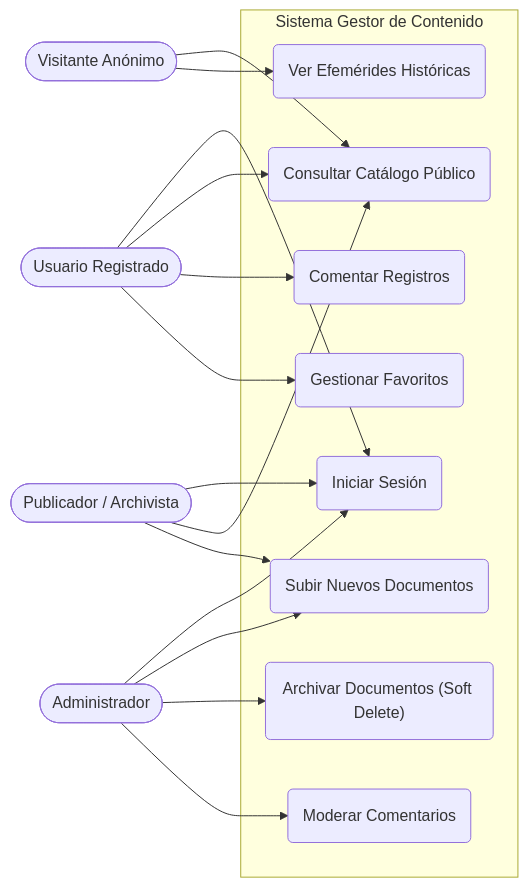
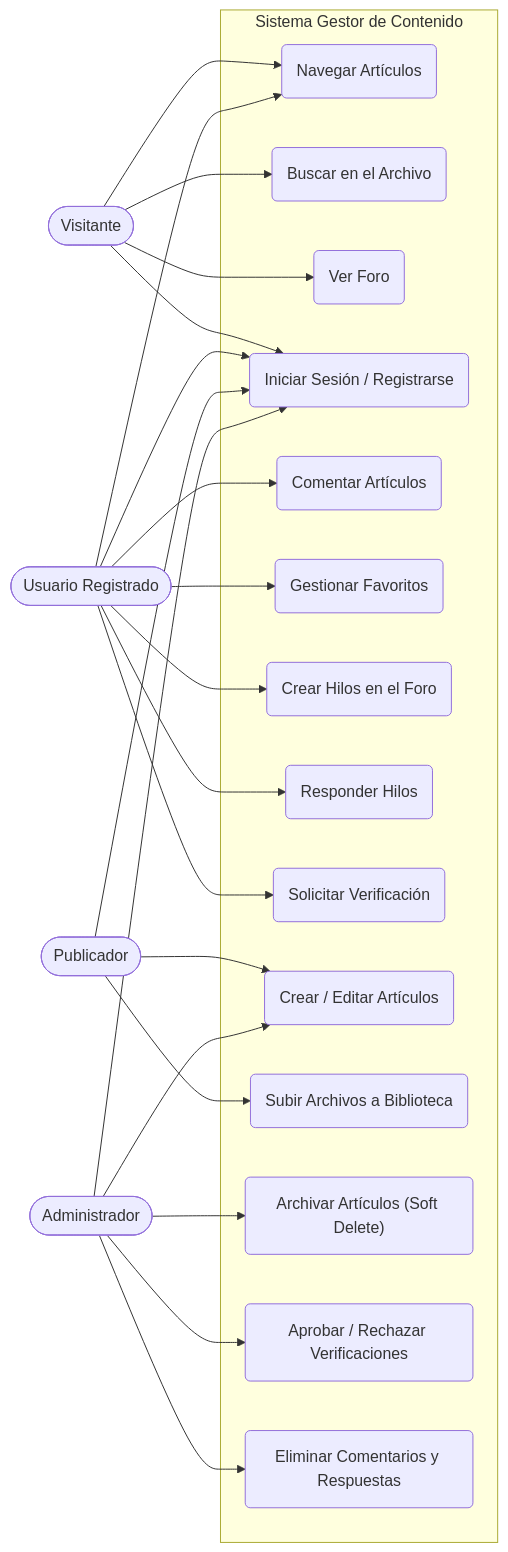
Before and after one commit to TheLastSh/SGC-MemoriaCastrense: the fourth of 4 diagrams in README.md, drawn with Mermaid. The commit also changed other lines of this file, not shown here.

First line of the commit message:
docs: update all 4 diagrams to reflect current architecture (Tarea #4)

````diff
--- a/README.md
+++ b/README.md
@@ -149,35 +217,47 @@
 ```mermaid
 flowchart LR
-    Guest(["Visitante Anónimo"])
+    Guest(["Visitante"])
     User(["Usuario Registrado"])
-    Pub(["Publicador / Archivista"])
+    Pub(["Publicador"])
     Admin(["Administrador"])
 
     subgraph SGC ["Sistema Gestor de Contenido"]
-        UC1("Consultar Catálogo Público")
-        UC2("Ver Efemérides Históricas")
-        UC3("Iniciar Sesión")
-        UC4("Comentar Registros")
-        UC5("Gestionar Favoritos")
-        UC6("Subir Nuevos Documentos")
-        UC7("Archivar Documentos (Soft Delete)")
-        UC8("Moderar Comentarios")
+        UC1("Navegar Artículos")
+        UC2("Buscar en el Archivo")
+        UC3("Ver Foro")
+        UC4("Iniciar Sesión / Registrarse")
+        UC5("Comentar Artículos")
+        UC6("Gestionar Favoritos")
+        UC7("Crear Hilos en el Foro")
+        UC8("Responder Hilos")
+        UC9("Solicitar Verificación")
+        UC10("Crear / Editar Artículos")
+        UC11("Subir Archivos a Biblioteca")
+        UC12("Archivar Artículos (Soft Delete)")
+        UC13("Aprobar / Rechazar Verificaciones")
+        UC14("Eliminar Comentarios y Respuestas")
     end
 
     Guest --> UC1
     Guest --> UC2
+    Guest --> UC3
+    Guest --> UC4
 
-    User --> UC3
+    User --> UC4
     User --> UC1
-    User --> UC4
     User --> UC5
+    User --> UC6
+    User --> UC7
+    User --> UC8
+    User --> UC9
 
-    Pub --> UC3
-    Pub --> UC1
-    Pub --> UC6
+    Pub --> UC4
+    Pub --> UC10
+    Pub --> UC11
 
-    Admin --> UC3
-    Admin --> UC6
-    Admin --> UC7
-    Admin --> UC8
+    Admin --> UC4
+    Admin --> UC10
+    Admin --> UC12
+    Admin --> UC13
+    Admin --> UC14
 ```
````
